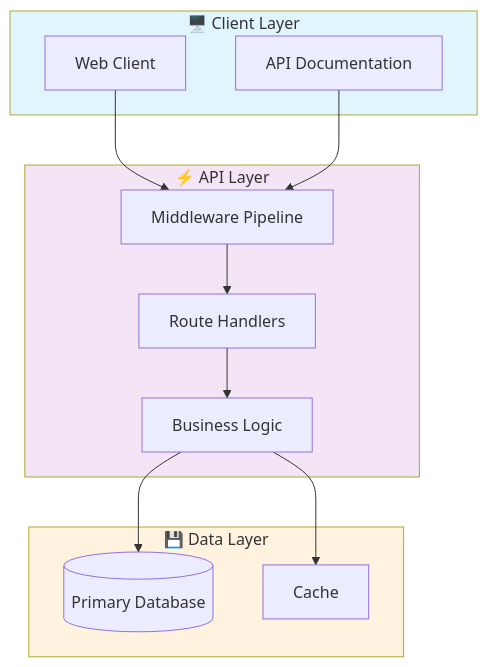
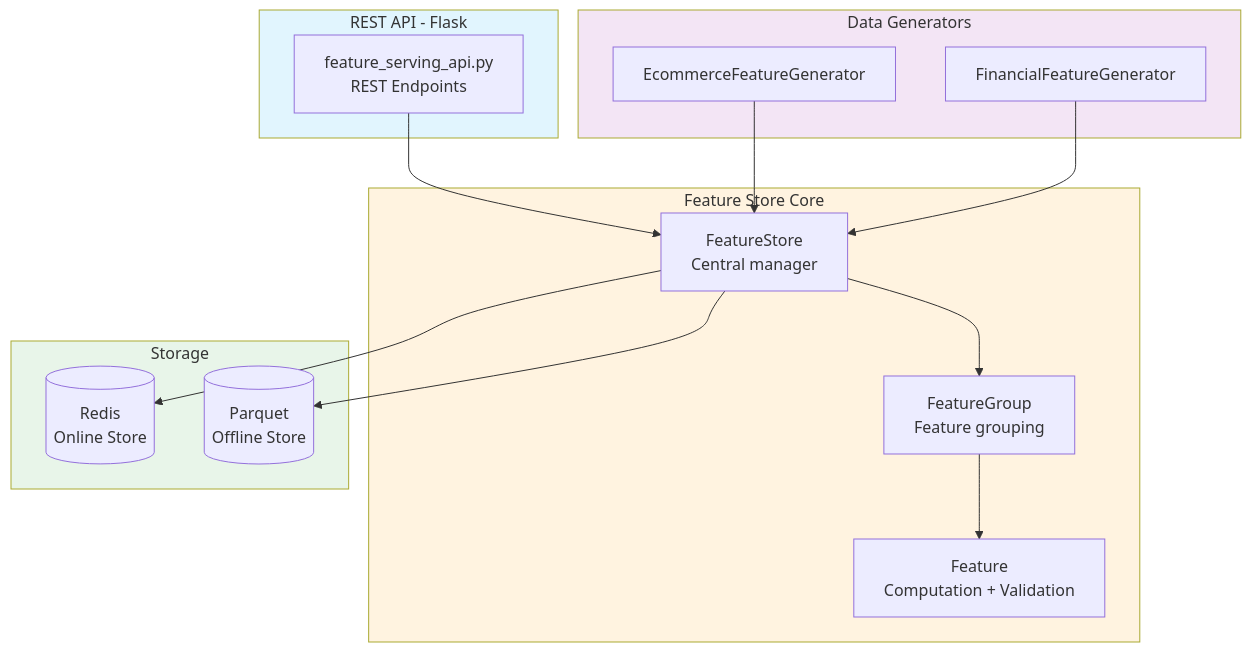
The second of 2 diagrams in README.md (galafis/feature-store-architecture), drawn with Mermaid before and after one commit. The commit also changed other lines of this file and 16 other files, not shown here.

````diff
--- a/README.md
+++ b/README.md
@@ -207,28 +139,35 @@
 ```mermaid
 graph TB
-    subgraph Client["🖥️ Client Layer"]
-        A[Web Client]
-        B[API Documentation]
+    subgraph API["REST API - Flask"]
+        SERVE[feature_serving_api.py<br/>REST Endpoints]
     end
-    
-    subgraph API["⚡ API Layer"]
-        C[Middleware Pipeline]
-        D[Route Handlers]
-        E[Business Logic]
+
+    subgraph Core["Feature Store Core"]
+        FS[FeatureStore<br/>Central manager]
+        FG[FeatureGroup<br/>Feature grouping]
+        FT[Feature<br/>Computation + Validation]
     end
-    
-    subgraph Data["💾 Data Layer"]
-        F[(Primary Database)]
-        G[Cache]
+
+    subgraph Storage["Storage"]
+        REDIS[(Redis<br/>Online Store)]
+        PARQUET[(Parquet<br/>Offline Store)]
     end
-    
-    A --> C
-    B --> C
-    C --> D --> E
-    E --> F
-    E --> G
-    
-    style Client fill:#e1f5fe
-    style API fill:#f3e5f5
-    style Data fill:#fff3e0
+
+    subgraph Examples["Data Generators"]
+        ECOM[EcommerceFeatureGenerator]
+        FIN[FinancialFeatureGenerator]
+    end
+
+    SERVE --> FS
+    FS --> FG
+    FG --> FT
+    FS --> REDIS
+    FS --> PARQUET
+    ECOM --> FS
+    FIN --> FS
+
+    style API fill:#e1f5fe
+    style Core fill:#fff3e0
+    style Storage fill:#e8f5e9
+    style Examples fill:#f3e5f5
 ```
````
